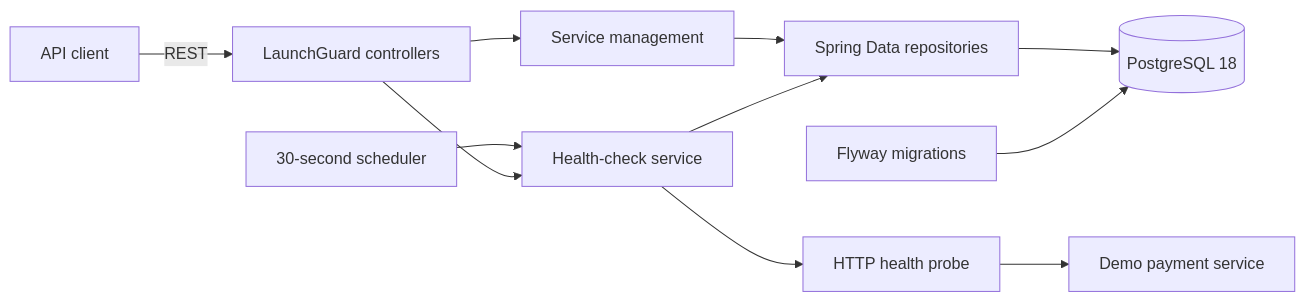
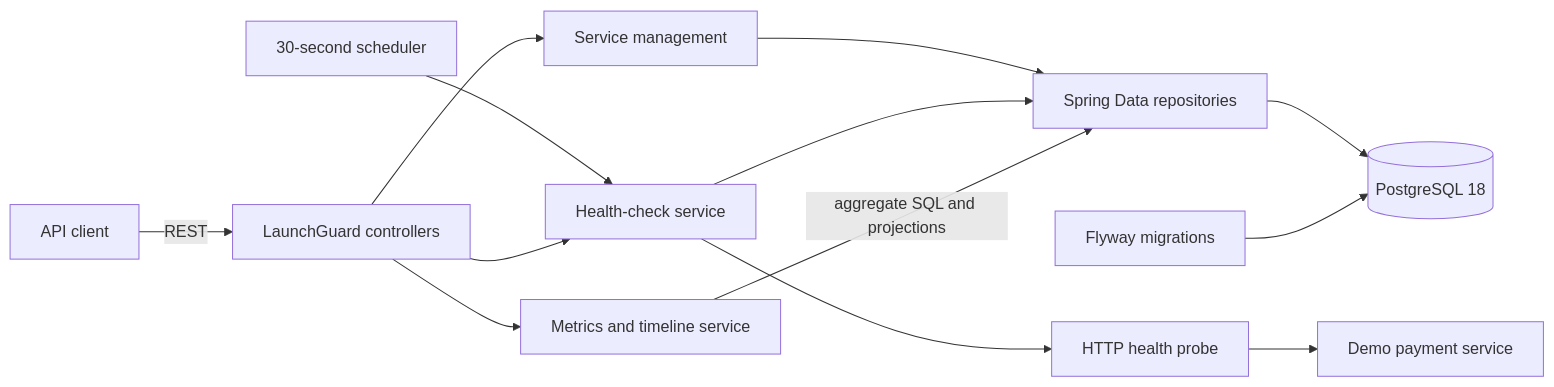
One commit to doctor277/launchguard changed the diagram in README.md. Above: the diagram before and after it, drawn with Mermaid. The commit also changed other lines of this file and 21 other files, not shown here.

````diff
--- a/README.md
+++ b/README.md
@@ -19,13 +28,15 @@
 ```mermaid
 flowchart LR
     Client[API client] -->|REST| API[LaunchGuard controllers]
     Scheduler[30-second scheduler] --> Engine[Health-check service]
     API --> Services[Service management]
     API --> Engine
+    API --> Analytics[Metrics and timeline service]
     Services --> Repositories[Spring Data repositories]
     Engine --> Probe[HTTP health probe]
     Engine --> Repositories
+    Analytics -->|aggregate SQL and projections| Repositories
     Probe --> Payment[Demo payment service]
     Repositories --> PostgreSQL[(PostgreSQL 18)]
     Flyway[Flyway migrations] --> PostgreSQL
 ```
````
